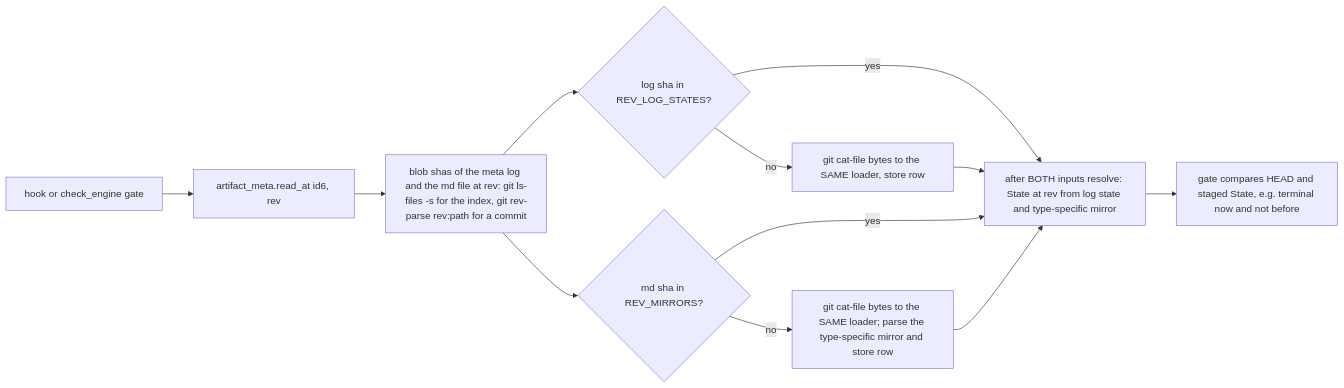
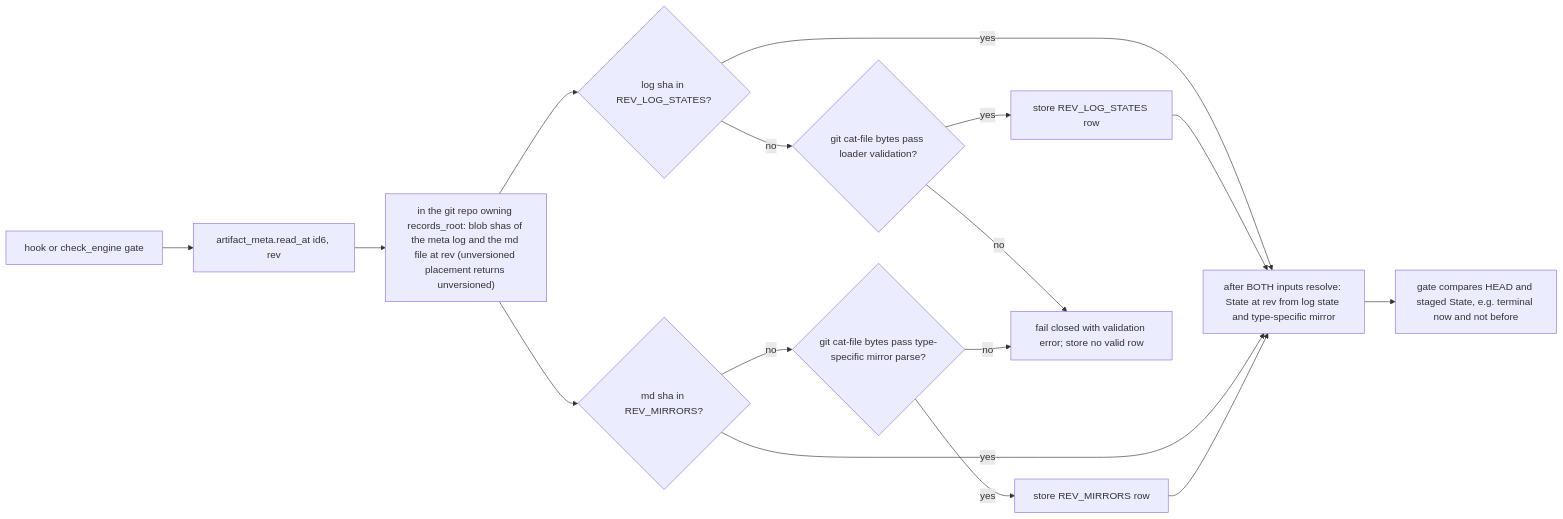
One commit to fariello/agent-workflows changed the eighth of 12 diagrams in .aw/records/specs/reviewed/20260925-metastore-01-4sd62s-artifact-metadata-store.spec.md. Above: the diagram before and after it, drawn with Mermaid. The commit also changed other lines of this file and 1 other file, not shown here.

````diff
--- a/.aw/records/specs/reviewed/20260925-metastore-01-4sd62s-artifact-metadata-store.spec.md
+++ b/.aw/records/specs/reviewed/20260925-metastore-01-4sd62s-artifact-metadata-store.spec.md
@@ -2115,14 +2111,18 @@
 ```mermaid
 flowchart LR
     A["hook or check_engine gate"] --> B["artifact_meta.read_at id6, rev"]
-    B --> C["blob shas of the meta log and the md file at rev: git ls-files -s for the index, git rev-parse rev:path for a commit"]
+    B --> C["in the git repo owning records_root: blob shas of the meta log and the md file at rev (unversioned placement returns unversioned)"]
     C --> D1{"log sha in REV_LOG_STATES?"}
     C --> D2{"md sha in REV_MIRRORS?"}
-    D1 -- no --> E1["git cat-file bytes to the SAME loader, store row"]
-    D2 -- no --> E2["git cat-file bytes to the SAME loader; parse the type-specific mirror and store row"]
+    D1 -- no --> E1{"git cat-file bytes pass loader validation?"}
+    D2 -- no --> E2{"git cat-file bytes pass type-specific mirror parse?"}
+    E1 -- yes --> S1["store REV_LOG_STATES row"]
+    E2 -- yes --> S2["store REV_MIRRORS row"]
+    E1 -- no --> X["fail closed with validation error; store no valid row"]
+    E2 -- no --> X
     D1 -- yes --> F
-    E1 --> F
+    S1 --> F
     D2 -- yes --> F
-    E2 --> F["after BOTH inputs resolve: State at rev from log state and type-specific mirror"]
+    S2 --> F["after BOTH inputs resolve: State at rev from log state and type-specific mirror"]
     F --> G["gate compares HEAD and staged State, e.g. terminal now and not before"]
 ```
````
